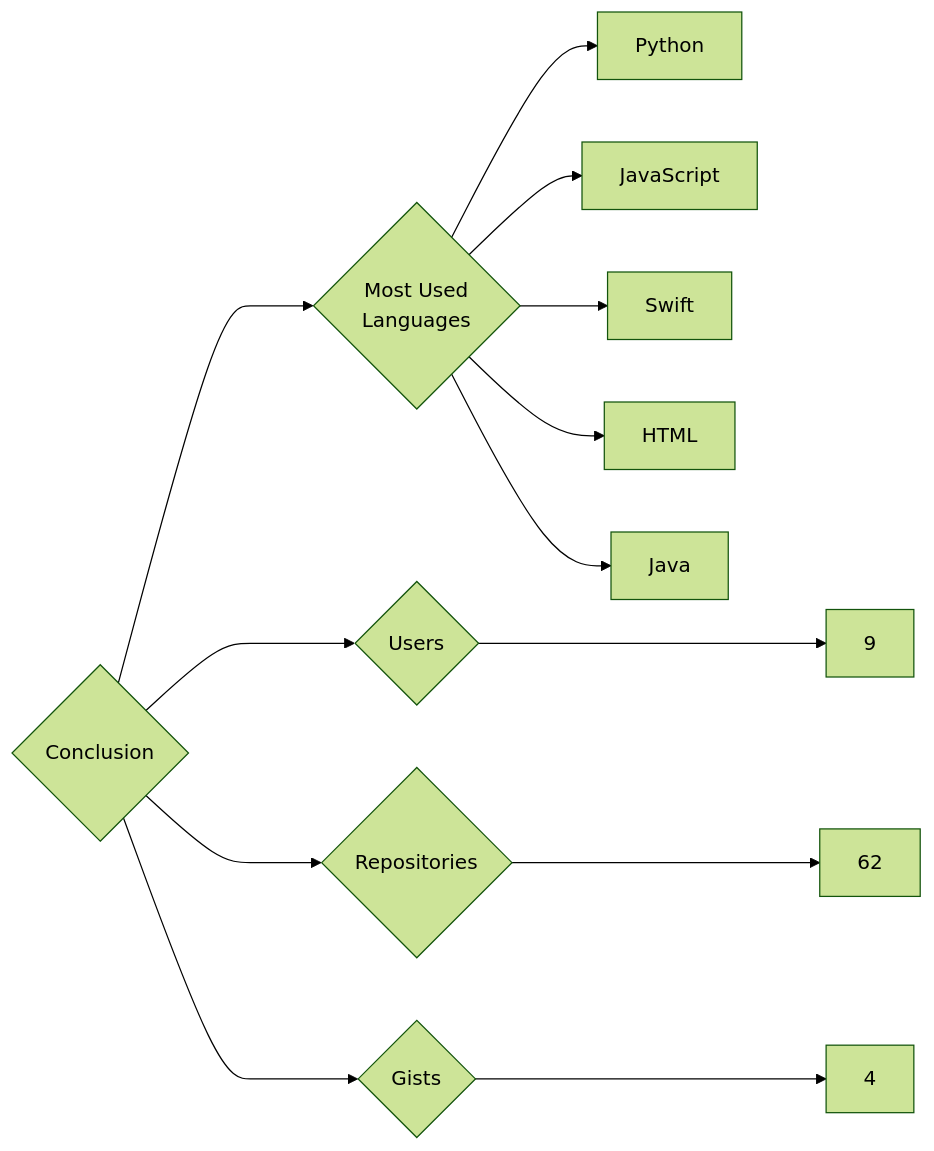
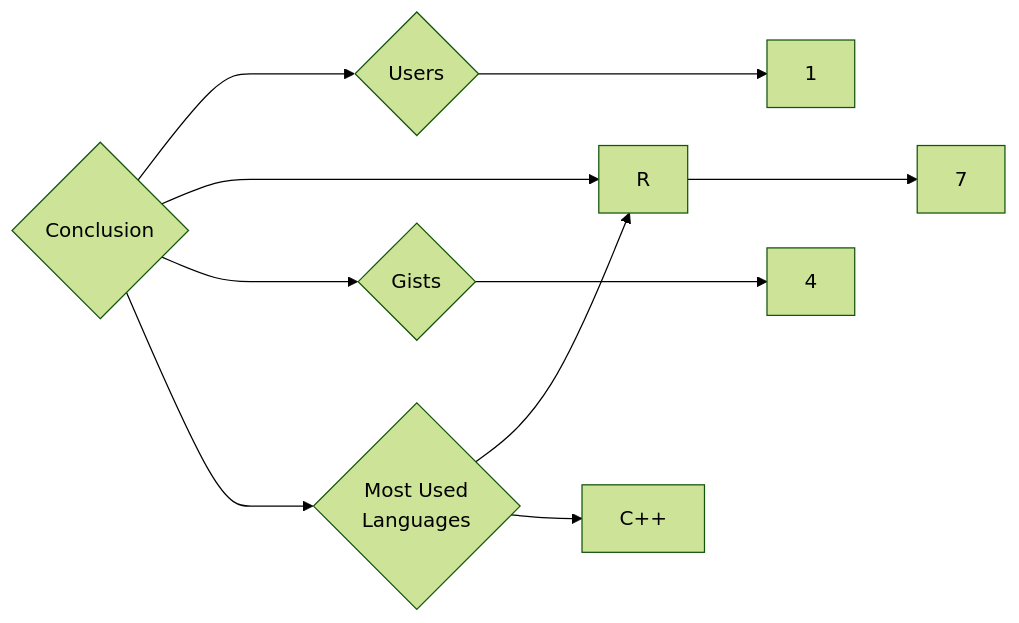
Before and after one commit to trickest/insiders: the diagram in targets/Conclusion/README.md, drawn with Mermaid (forest theme). The commit also changed 1195 other files, not shown here.

````diff
--- a/targets/Conclusion/README.md
+++ b/targets/Conclusion/README.md
@@ -3,13 +3,10 @@
 ```mermaid
 graph LR
 COMPANY_NAME{Conclusion}
-COMPANY_NAME ---> U{Users} ---> UN[9]
-COMPANY_NAME ---> R{Repositories} ---> RN[62]
+COMPANY_NAME ---> U{Users} ---> UN[1]
+COMPANY_NAME ---> R{Repositories} ---> RN[7]
 COMPANY_NAME ---> G{Gists} ---> GN[4]
 COMPANY_NAME ---> ML{Most Used<br>Languages}
-ML --> Python[Python]
-ML --> JavaScript[JavaScript]
-ML --> Swift[Swift]
-ML --> HTML[HTML]
-ML --> Java[Java]
+ML --> R[R]
+ML --> C++[C++]
 ```
````
